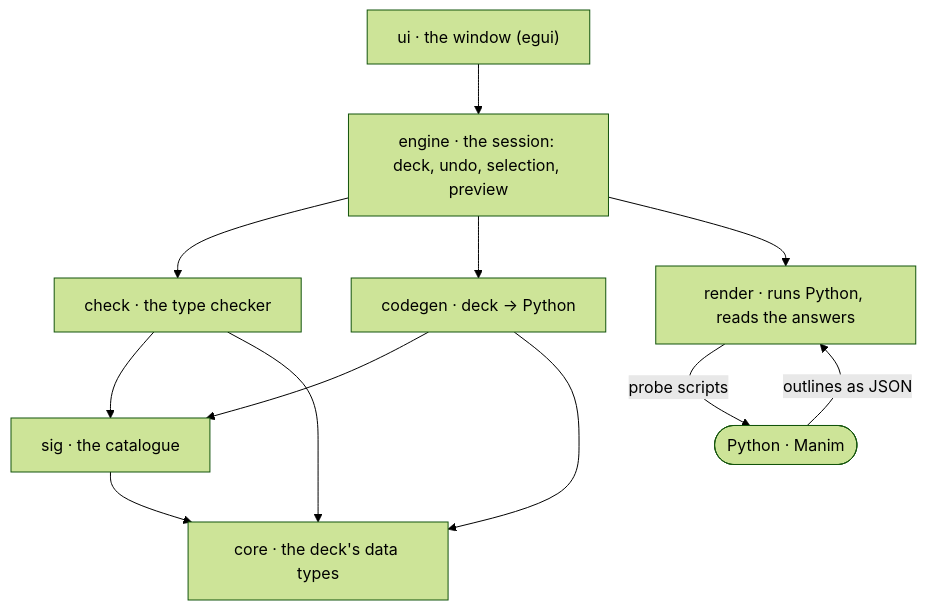
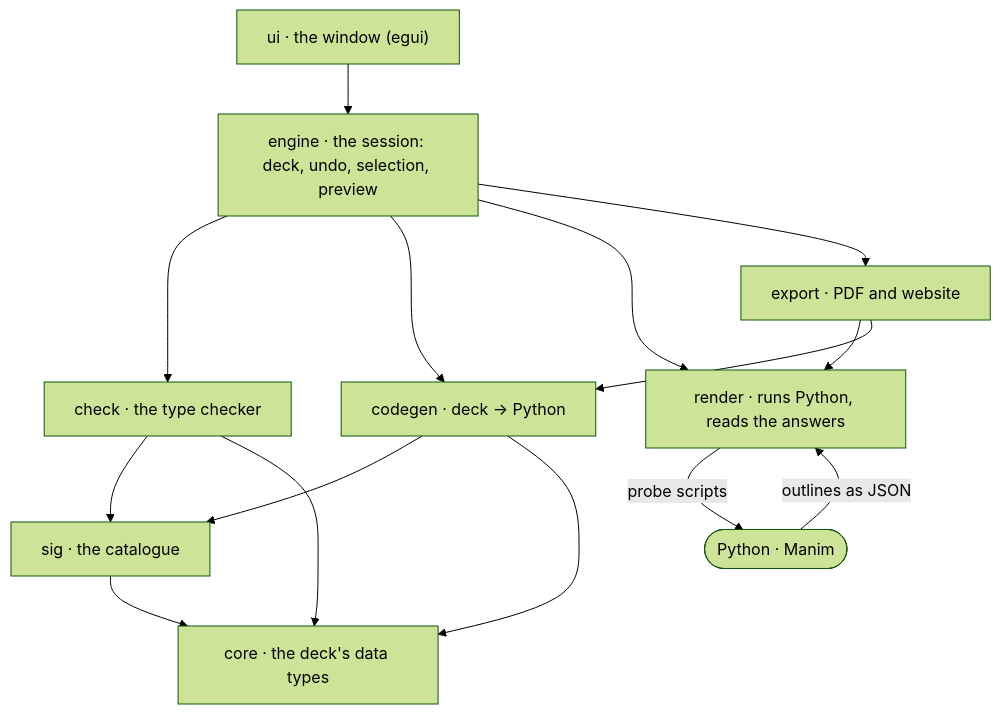
The diagram in docs/12-how-it-works.md (M-Akram-H/Suit), drawn with Mermaid (forest theme) before and after one commit. The commit also changed other lines of this file and 35 other files, not shown here.

First line of the commit message:
Export a PDF, and a website to put online

````diff
--- a/docs/12-how-it-works.md
+++ b/docs/12-how-it-works.md
@@ -23,23 +23,27 @@
 ```mermaid
 flowchart TD
     ui["ui · the window (egui)"]
     engine["engine · the session: deck, undo, selection, preview"]
     check["check · the type checker"]
     codegen["codegen · deck → Python"]
     render["render · runs Python, reads the answers"]
+    export["export · PDF and website"]
     sig["sig · the catalogue"]
     core["core · the deck's data types"]
     manim(["Python · Manim"])
 
     ui --> engine
     engine --> check
     engine --> codegen
     engine --> render
+    engine --> export
+    export --> render
+    export --> codegen
     check --> sig
     codegen --> sig
     check --> core
     codegen --> core
     sig --> core
     render -- "probe scripts" --> manim
     manim -- "outlines as JSON" --> render
 ```
````
